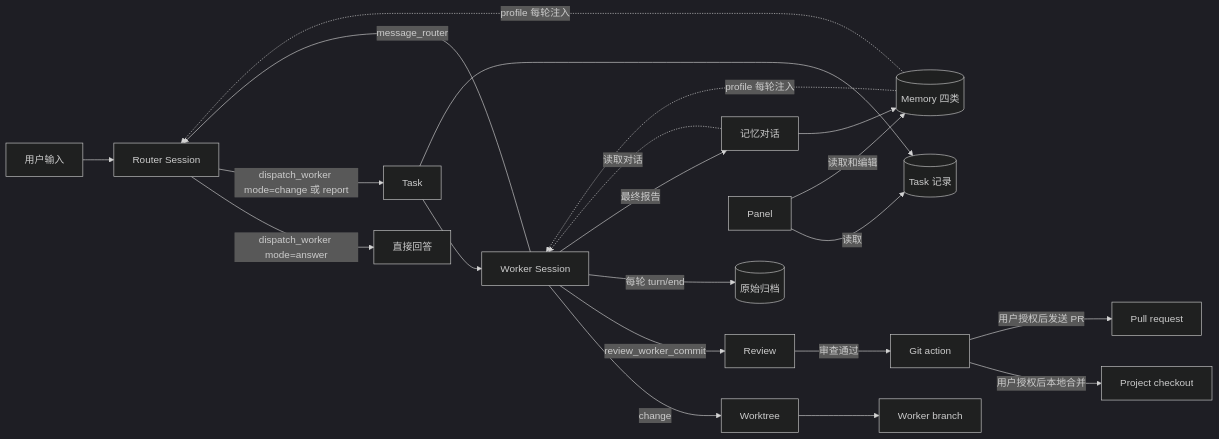
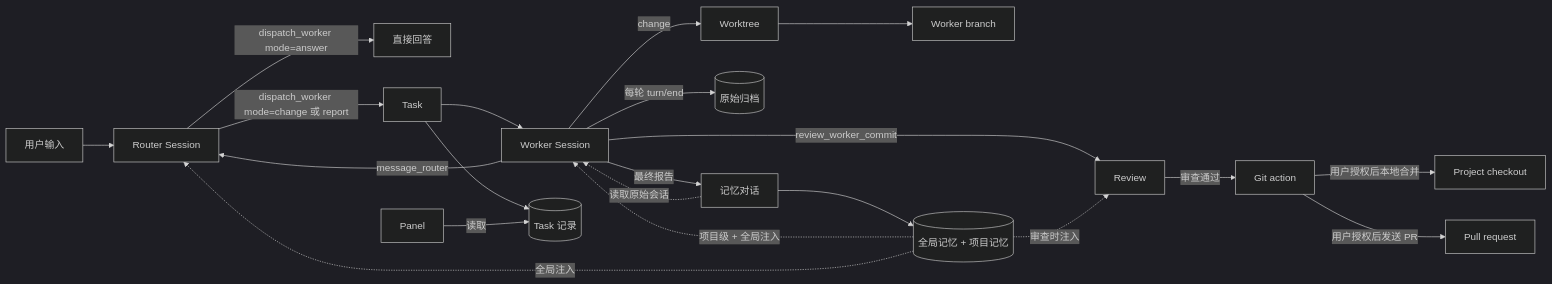
One commit to LMQ00/superagent-lite changed the diagram in docs/001-domain.md. Above: the diagram before and after it, drawn with Mermaid (dark theme). The commit also changed other lines of this file and 29 other files, not shown here.

Commit message:
refactor: 按参考图重写记忆模块为全局与项目两层

````diff
--- a/docs/001-domain.md
+++ b/docs/001-domain.md
@@ -9,23 +9,23 @@
 ```mermaid
 flowchart LR
   I[用户输入] --> R[Router Session]
   R -->|dispatch_worker mode=answer| A[直接回答]
   R -->|dispatch_worker mode=change 或 report| T[Task]
   T --> W[Worker Session]
   W -->|change| WT[Worktree]
   WT --> B[Worker branch]
   W -->|review_worker_commit| V[Review]
   W -->|message_router| R
   V -->|审查通过| G[Git action]
   G -->|用户授权后本地合并| P[Project checkout]
   G -->|用户授权后发送 PR| PR[Pull request]
   T --> D[(Task 记录)]
   W -->|每轮 turn/end| AR[(原始归档)]
   W -->|最终报告| M[记忆对话]
-  M -.->|读取对话| W
-  M --> ME[(Memory 四类)]
-  ME -.->|profile 每轮注入| R
-  ME -.->|profile 每轮注入| W
+  M -.->|读取原始会话| W
+  M --> ME[(全局记忆 + 项目记忆)]
+  ME -.->|项目级 + 全局注入| W
+  ME -.->|审查时注入| V
+  ME -.->|全局注入| R
   PN[Panel] -->|读取| D
-  PN -->|读取和编辑| ME
 ```
````
